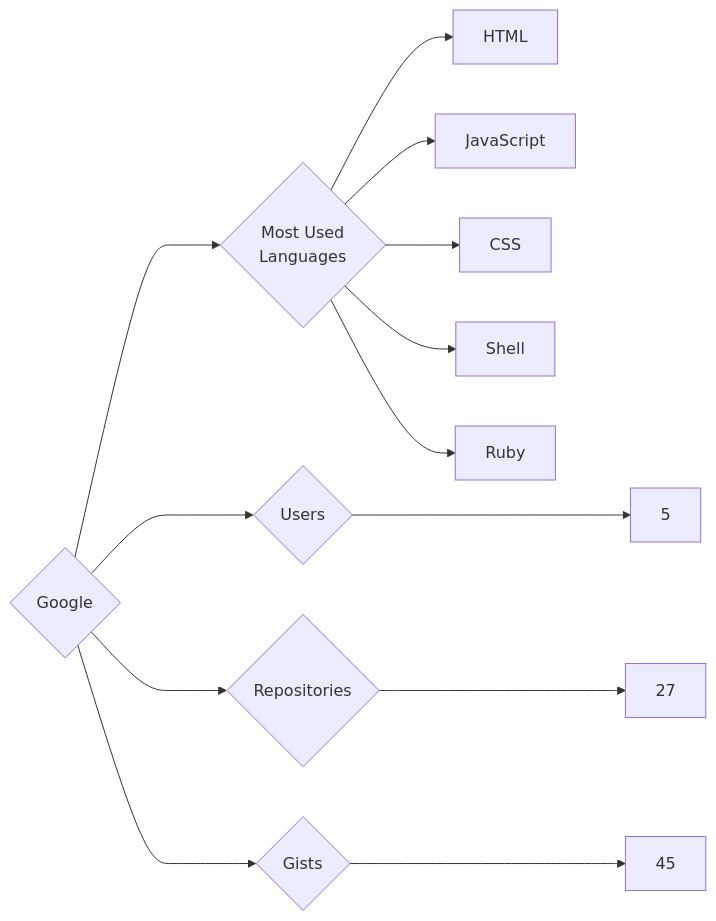
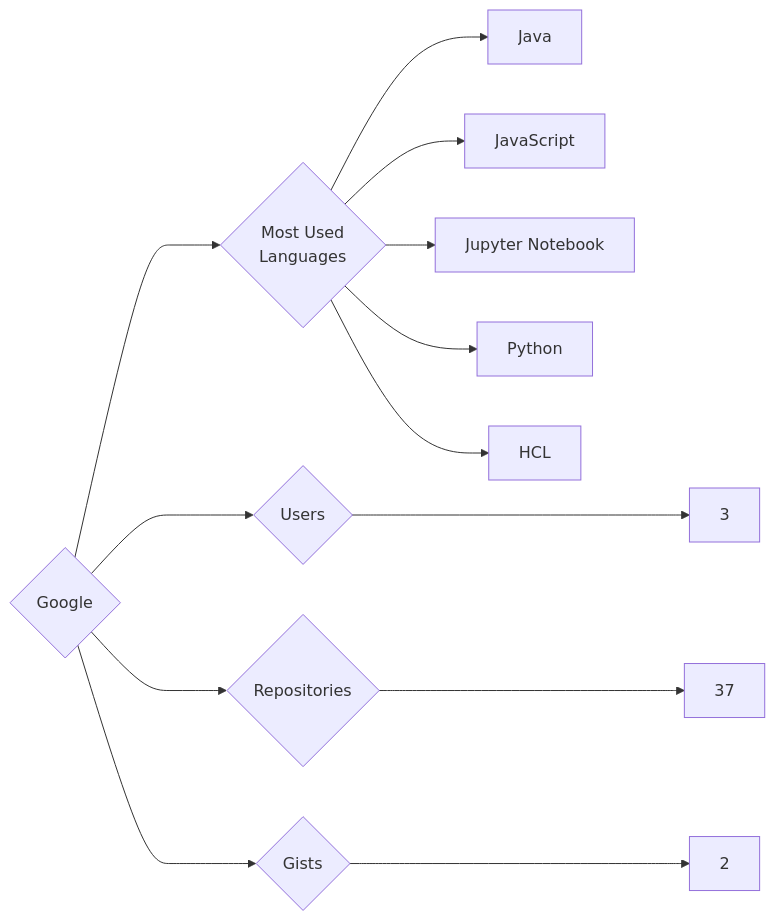
Before and after one commit to trickest/insiders: the diagram in targets/Google/README.md, drawn with Mermaid. The commit also changed 857 other files, not shown here.

````diff
--- a/targets/Google/README.md
+++ b/targets/Google/README.md
@@ -3,13 +3,13 @@
 ```mermaid
 graph LR
 COMPANY_NAME{Google}
-COMPANY_NAME ---> U{Users} ---> UN[5]
-COMPANY_NAME ---> R{Repositories} ---> RN[27]
-COMPANY_NAME ---> G{Gists} ---> GN[45]
+COMPANY_NAME ---> U{Users} ---> UN[3]
+COMPANY_NAME ---> R{Repositories} ---> RN[37]
+COMPANY_NAME ---> G{Gists} ---> GN[2]
 COMPANY_NAME ---> ML{Most Used<br>Languages}
-ML --> HTML[HTML]
+ML --> Java[Java]
 ML --> JavaScript[JavaScript]
-ML --> CSS[CSS]
-ML --> Shell[Shell]
-ML --> Ruby[Ruby]
+ML --> Jupyter_Notebook[Jupyter Notebook]
+ML --> Python[Python]
+ML --> HCL[HCL]
 ```
````
